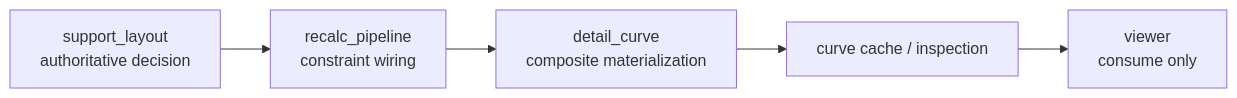
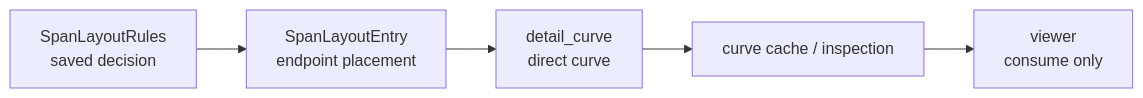
Before and after one commit to tokachi269/wire: the second of 2 diagrams in docs/diagrams/core_layers.md, drawn with Mermaid. The commit also changed other lines of this file and 3 other files, not shown here.

````diff
--- a/docs/diagrams/core_layers.md
+++ b/docs/diagrams/core_layers.md
@@ -52,14 +51,14 @@
 ```mermaid
 flowchart LR
-  support["support_layout
-  authoritative decision"]
-  pipeline["recalc_pipeline
-  constraint wiring"]
+  rules["SpanLayoutRules
+  saved decision"]
+  layout["SpanLayoutEntry
+  endpoint placement"]
   detail["detail_curve
-  composite materialization"]
+  direct curve"]
   cache["curve cache / inspection"]
   viewer["viewer
   consume only"]
 
-  support --> pipeline --> detail --> cache --> viewer
+  rules --> layout --> detail --> cache --> viewer
 ```
````
